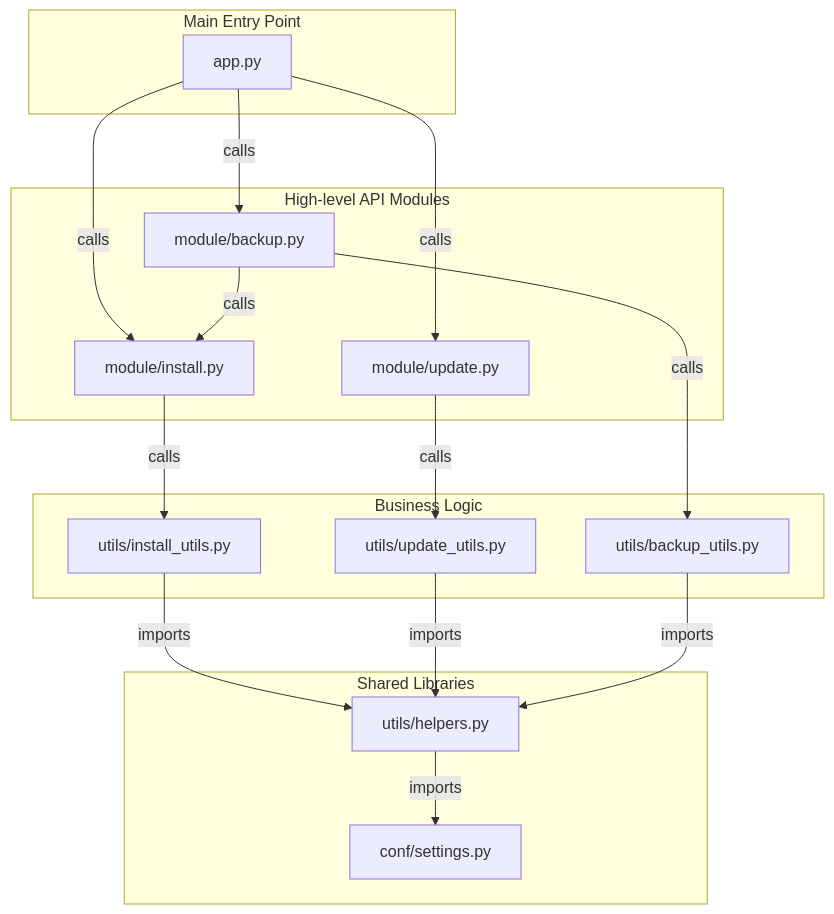
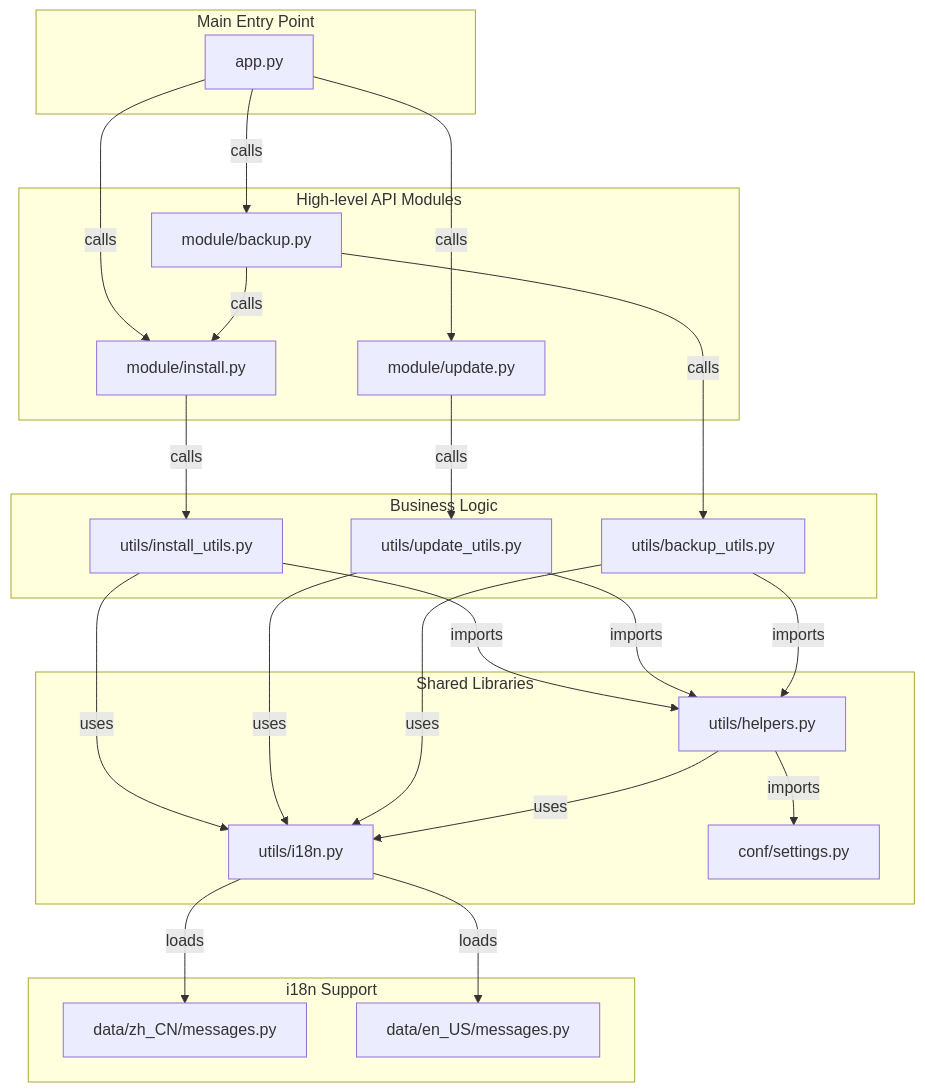
One commit to greenhandzdl/nekro-agent-toolkit changed the diagram in doc/DEVELOP-EN.md. Above: the diagram before and after it, drawn with Mermaid. The commit also changed other lines of this file and 4 other files, not shown here.

````diff
--- a/doc/DEVELOP-EN.md
+++ b/doc/DEVELOP-EN.md
@@ -28,38 +32,52 @@
 ```mermaid
 graph TD
     subgraph "Main Entry Point"
         APP["app.py"];
     end
 
     subgraph "High-level API Modules"
         INSTALL["module/install.py"];
         UPDATE["module/update.py"];
         BACKUP["module/backup.py"];
     end
 
     subgraph "Business Logic"
         INSTALL_UTILS["utils/install_utils.py"];
         UPDATE_UTILS["utils/update_utils.py"];
         BACKUP_UTILS["utils/backup_utils.py"];
     end
 
     subgraph "Shared Libraries"
         HELPERS["utils/helpers.py"];
+        I18N["utils/i18n.py"];
         CONF["conf/settings.py"];
+    end
+
+    subgraph "i18n Support"
+        ZH_CN["data/zh_CN/messages.py"];
+        EN_US["data/en_US/messages.py"];
     end
 
     APP -- calls --> INSTALL;
     APP -- calls --> UPDATE;
     APP -- calls --> BACKUP;
 
     INSTALL -- calls --> INSTALL_UTILS;
     UPDATE -- calls --> UPDATE_UTILS;
     BACKUP -- calls --> BACKUP_UTILS;
     BACKUP -- calls --> INSTALL;
     
     INSTALL_UTILS -- imports --> HELPERS;
     UPDATE_UTILS -- imports --> HELPERS;
     BACKUP_UTILS -- imports --> HELPERS;
+    
+    INSTALL_UTILS -- uses --> I18N;
+    UPDATE_UTILS -- uses --> I18N;
+    BACKUP_UTILS -- uses --> I18N;
+    HELPERS -- uses --> I18N;
 
     HELPERS -- imports --> CONF;
+    
+    I18N -- loads --> ZH_CN;
+    I18N -- loads --> EN_US;
 ```
````
